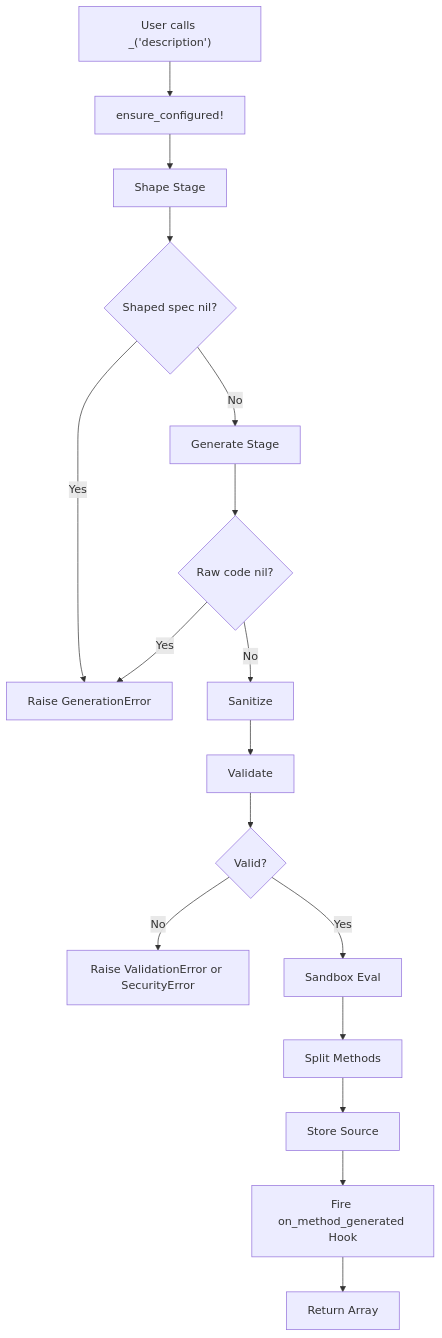
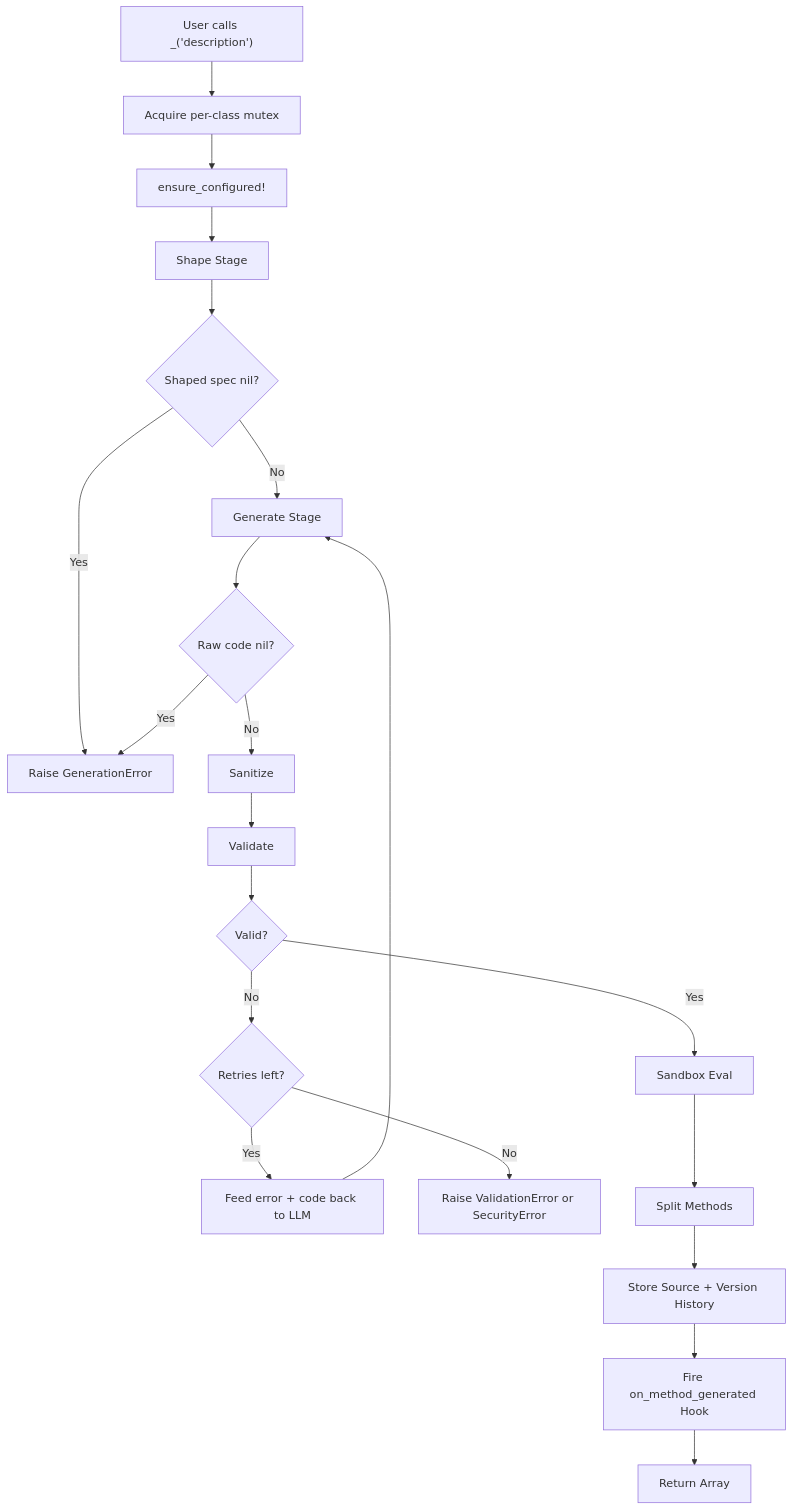
Before and after one commit to MadBomber/self_agency: the first of 2 diagrams in docs/architecture/overview.md, drawn with Mermaid. The commit also changed other lines of this file and 15 other files, not shown here.

````diff
--- a/docs/architecture/overview.md
+++ b/docs/architecture/overview.md
@@ -7,19 +7,23 @@
 ```mermaid
 flowchart TD
-    A["User calls _('description')"] --> B[ensure_configured!]
-    B --> C[Shape Stage]
-    C --> D{Shaped spec nil?}
-    D -->|Yes| E[Raise GenerationError]
-    D -->|No| F[Generate Stage]
-    F --> G{Raw code nil?}
-    G -->|Yes| E
-    G -->|No| H[Sanitize]
-    H --> I[Validate]
-    I --> J{Valid?}
-    J -->|No| K[Raise ValidationError or SecurityError]
-    J -->|Yes| L[Sandbox Eval]
-    L --> M[Split Methods]
-    M --> N[Store Source]
-    N --> O[Fire on_method_generated Hook]
-    O --> P["Return Array<Symbol>"]
+    A["User calls _('description')"] --> B[Acquire per-class mutex]
+    B --> C[ensure_configured!]
+    C --> D[Shape Stage]
+    D --> E{Shaped spec nil?}
+    E -->|Yes| F[Raise GenerationError]
+    E -->|No| G[Generate Stage]
+    G --> H{Raw code nil?}
+    H -->|Yes| F
+    H -->|No| I[Sanitize]
+    I --> J[Validate]
+    J --> K{Valid?}
+    K -->|No| L{Retries left?}
+    L -->|Yes| M[Feed error + code back to LLM]
+    M --> G
+    L -->|No| N[Raise ValidationError or SecurityError]
+    K -->|Yes| O[Sandbox Eval]
+    O --> P[Split Methods]
+    P --> Q[Store Source + Version History]
+    Q --> R[Fire on_method_generated Hook]
+    R --> S["Return Array<Symbol>"]
 ```
````
